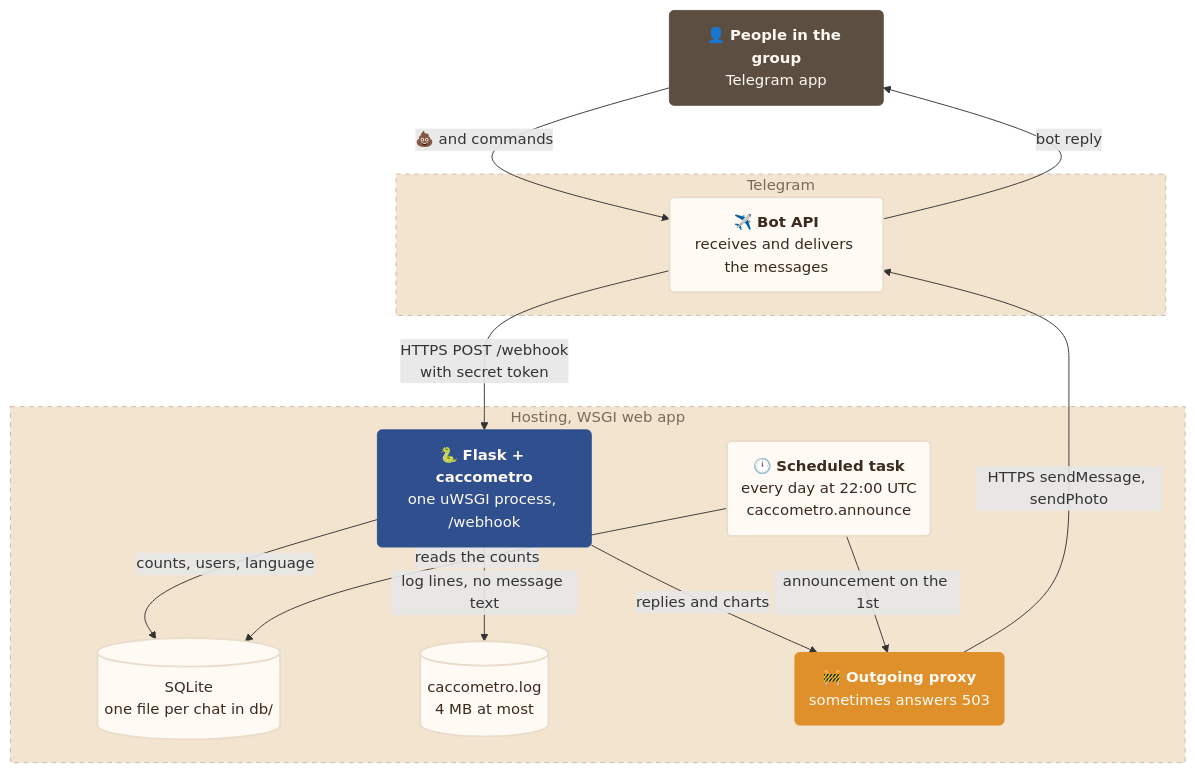
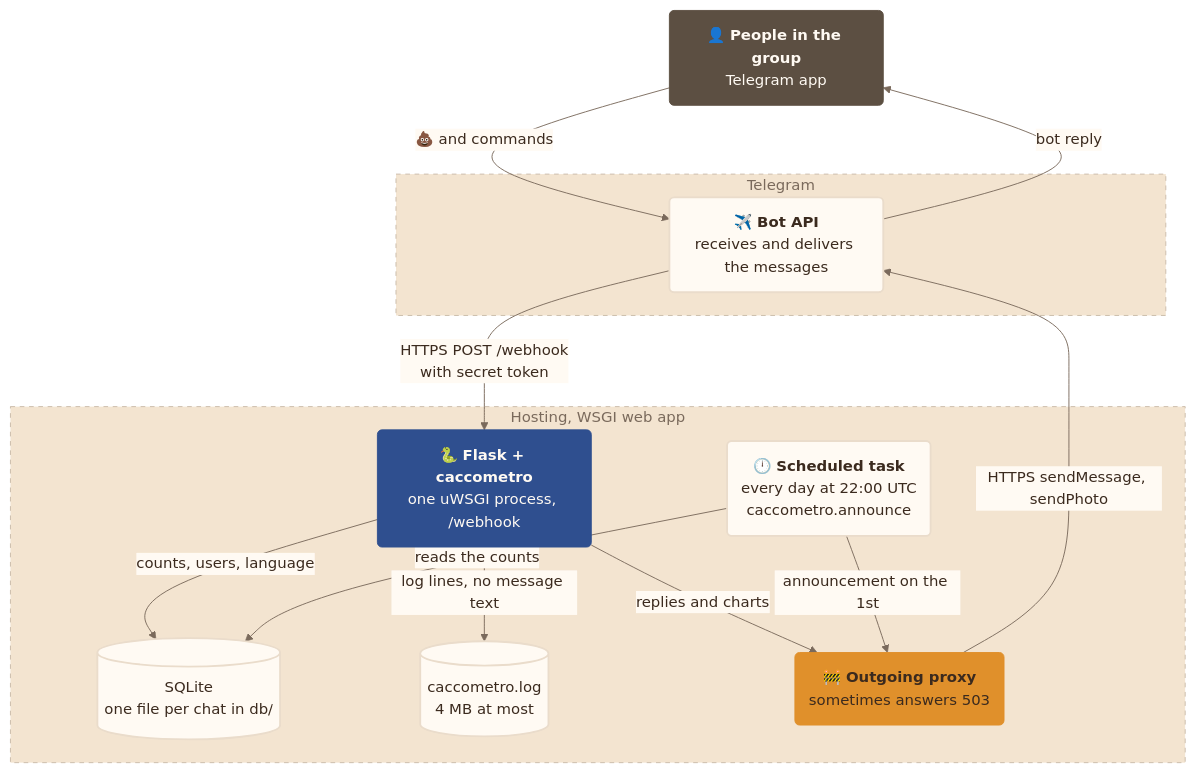
One commit to francescoperrino/Caccometro changed the first of 2 diagrams in docs/deployment.md. Above: the diagram before and after it, drawn with Mermaid. The commit also changed other lines of this file and 14 other files, not shown here.

Commit message:
Give every Mermaid diagram one style from tools/mermaid_style.py, with a title and a description (#204)

````diff
--- a/docs/deployment.md
+++ b/docs/deployment.md
@@ -64,36 +64,67 @@
 ```mermaid
+---
+config:
+  theme: base
+  themeVariables:
+    fontFamily: "Nunito, Segoe UI, Roboto, sans-serif"
+    primaryColor: "#fffaf3"
+    primaryTextColor: "#3b2a1e"
+    primaryBorderColor: "#eadccb"
+    secondaryColor: "#f7ecdc"
+    tertiaryColor: "#f3e4d0"
+    lineColor: "#7a6a5c"
+    textColor: "#3b2a1e"
+    edgeLabelBackground: "#fffaf3"
+    clusterBkg: "#f3e4d0"
+    clusterBorder: "#cbbca9"
+    titleColor: "#5c4f42"
+    noteBkgColor: "#f7ecdc"
+    noteTextColor: "#3b2a1e"
+    actorBkg: "#fffaf3"
+    actorBorder: "#5c4f42"
+    actorTextColor: "#3b2a1e"
+    signalColor: "#7a6a5c"
+    signalTextColor: "#3b2a1e"
+    labelBoxBkgColor: "#f3e4d0"
+    loopTextColor: "#3b2a1e"
+    sequenceNumberColor: "#fffaf3"
+    xyChart:
+      plotColorPalette: "#2f4f8f"
+---
 flowchart TD
+    accTitle: Production
+    accDescr: Telegram calls the webhook app on the hosting, which keeps one SQLite file per chat, the log and a scheduled task, and goes out through a proxy
     person("👤 <b>People in the group</b><br/>Telegram app")
     subgraph telegram["Telegram"]
         api("✈️ <b>Bot API</b><br/>receives and delivers the messages")
     end
     subgraph hosting["Hosting, WSGI web app"]
         flask("🐍 <b>Flask + caccometro</b><br/>one uWSGI process, /webhook")
         task("🕛 <b>Scheduled task</b><br/>every day at 22:00 UTC<br/>caccometro.announce")
         db[("SQLite<br/>one file per chat in db/")]
         log[("caccometro.log<br/>4 MB at most")]
         proxy("🚧 <b>Outgoing proxy</b><br/>sometimes answers 503")
     end
     person -->|"💩 and commands"| api
     api -->|"HTTPS POST /webhook<br/>with secret token"| flask
     flask -->|"counts, users, language"| db
     flask -->|"log lines, no message text"| log
     task -->|"reads the counts"| db
     flask -->|"replies and charts"| proxy
     task -->|"announcement on the 1st"| proxy
     proxy -->|"HTTPS sendMessage, sendPhoto"| api
     api -->|"bot reply"| person
     classDef step fill:#fffaf3,stroke:#eadccb,stroke-width:2px,color:#3b2a1e
     classDef main fill:#2f4f8f,stroke:#2f4f8f,color:#fffaf3
     classDef person fill:#5c4f42,stroke:#5c4f42,color:#fffaf3
     classDef check fill:#f7ecdc,stroke:#e0902b,stroke-width:2px,color:#3b2a1e
     classDef detail fill:#f7ecdc,stroke:#eadccb,color:#3b2a1e
-    classDef alert fill:#e0902b,stroke:#e0902b,color:#fffaf3
+    classDef alert fill:#e0902b,stroke:#e0902b,color:#3b2a1e
     classDef stop fill:#f3e4d0,stroke:#cbbca9,stroke-dasharray:4 3,color:#7a6a5c
     class person person
     class api,task,db,log step
     class flask main
     class proxy alert
     style telegram fill:#f3e4d0,stroke:#cbbca9,stroke-dasharray:5 5,color:#7a6a5c
     style hosting fill:#f3e4d0,stroke:#cbbca9,stroke-dasharray:5 5,color:#7a6a5c
 ```
````
